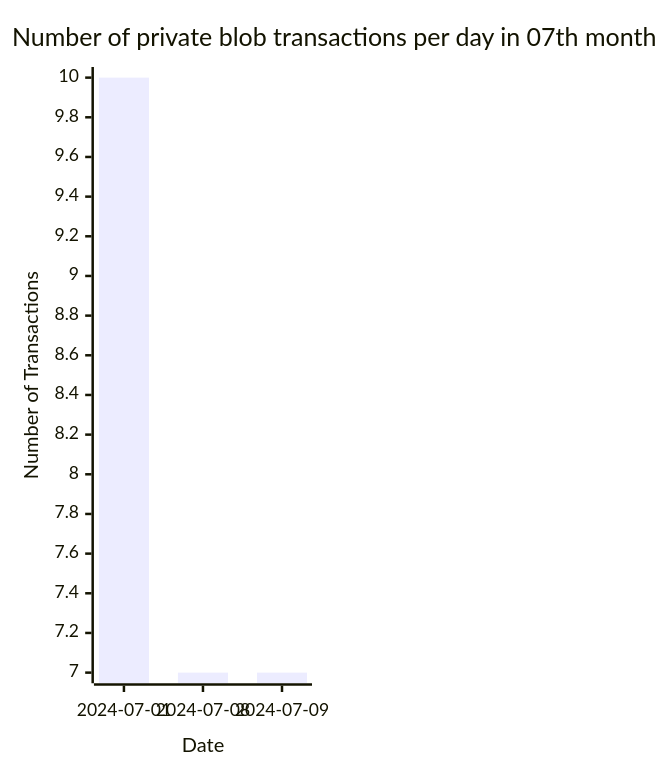
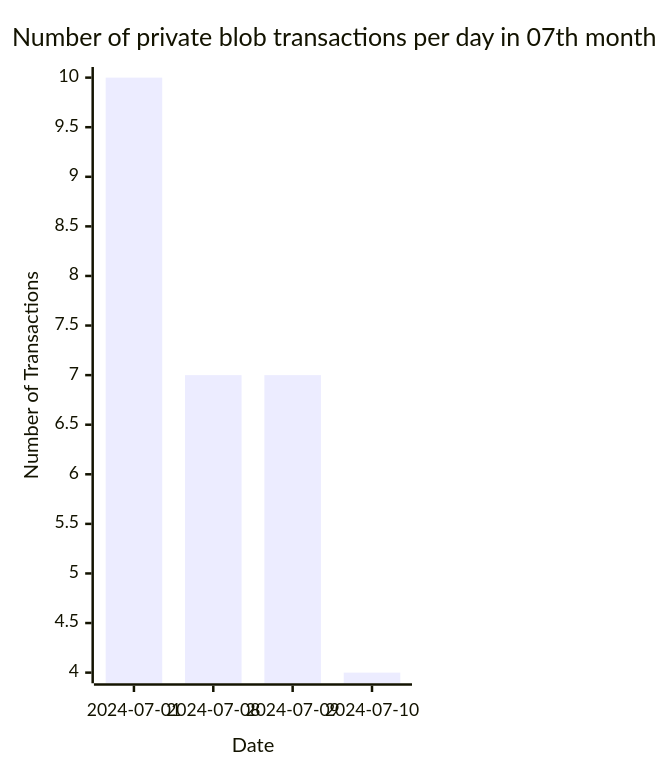
Before and after one commit to Amit0617/eip4844-data: the fifth of 5 diagrams in README.md, drawn with Mermaid. The commit also changed 1 other file, not shown here.

````diff
--- a/README.md
+++ b/README.md
@@ -53,12 +53,12 @@
 ```mermaid
 ---
 config:
     xyChart:
-        width: 240
+        width: 320
         height: 600
 ---
 xychart-beta title "Number of private blob transactions per day in 07th month"
-x-axis "Date" [2024-07-01,2024-07-08,2024-07-09]
+x-axis "Date" [2024-07-01,2024-07-08,2024-07-09,2024-07-10]
 y-axis "Number of Transactions"
-bar[10,7,7]
+bar[10,7,7,4]
 ```
````
